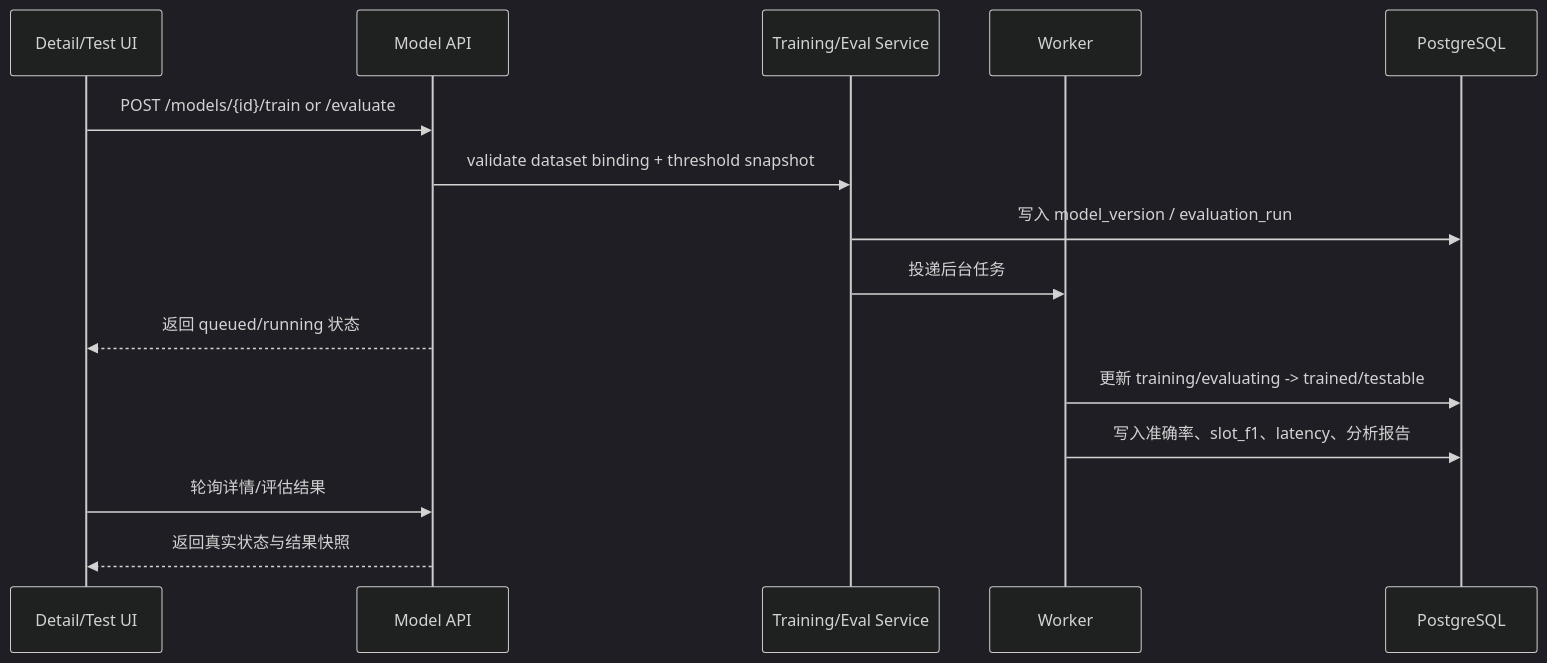
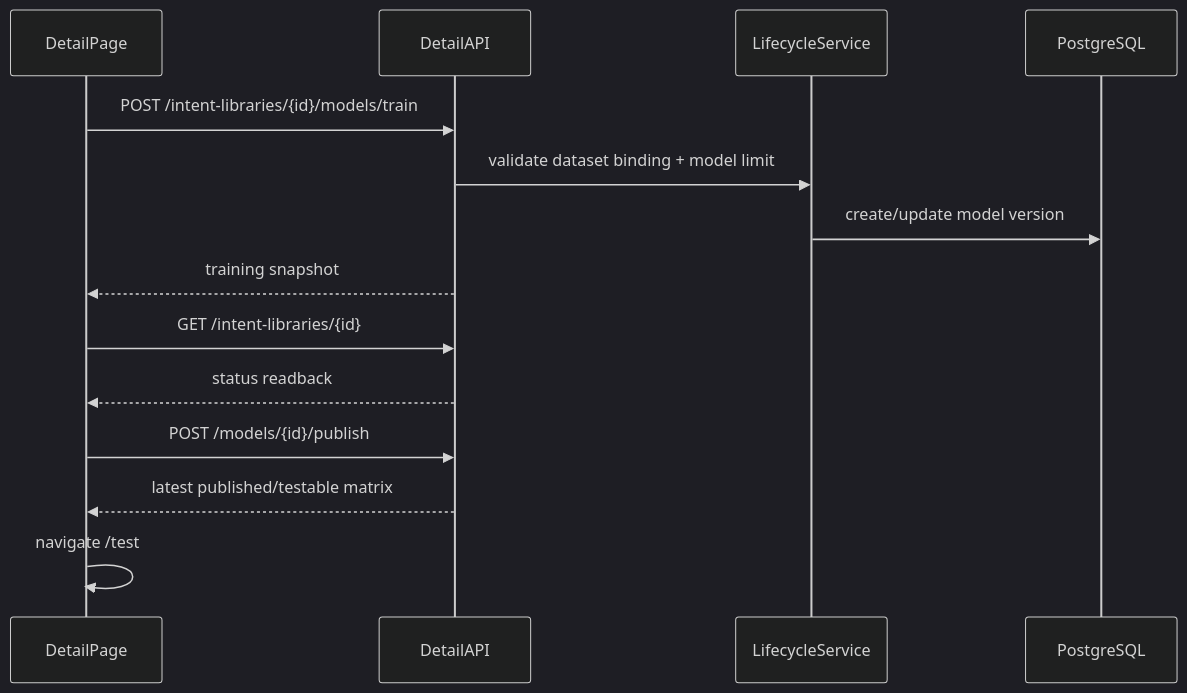
Before and after one commit to WangShaoyu1/spec_kit_superpower: the third of 4 diagrams in specs/master/ad/ad-intent-library.md, drawn with Mermaid (dark theme). The commit also changed other lines of this file and 88 other files, not shown here.

````diff
--- a/specs/master/ad/ad-intent-library.md
+++ b/specs/master/ad/ad-intent-library.md
@@ -84,18 +109,17 @@
 ```mermaid
 sequenceDiagram
-    participant FE as Detail/Test UI
-    participant API as Model API
-    participant SVC as Training/Eval Service
-    participant JOB as Worker
-    participant PG as PostgreSQL
+    participant FE as DetailPage
+    participant API as DetailAPI
+    participant SVC as LifecycleService
+    participant DB as PostgreSQL
 
-    FE->>API: POST /models/{id}/train or /evaluate
-    API->>SVC: validate dataset binding + threshold snapshot
-    SVC->>PG: 写入 model_version / evaluation_run
-    SVC->>JOB: 投递后台任务
-    API-->>FE: 返回 queued/running 状态
-    JOB->>PG: 更新 training/evaluating -> trained/testable
-    JOB->>PG: 写入准确率、slot_f1、latency、分析报告
-    FE->>API: 轮询详情/评估结果
-    API-->>FE: 返回真实状态与结果快照
+    FE->>API: POST /intent-libraries/{id}/models/train
+    API->>SVC: validate dataset binding + model limit
+    SVC->>DB: create/update model version
+    API-->>FE: training snapshot
+    FE->>API: GET /intent-libraries/{id}
+    API-->>FE: status readback
+    FE->>API: POST /models/{id}/publish
+    API-->>FE: latest published/testable matrix
+    FE->>FE: navigate /test
 ```
````
